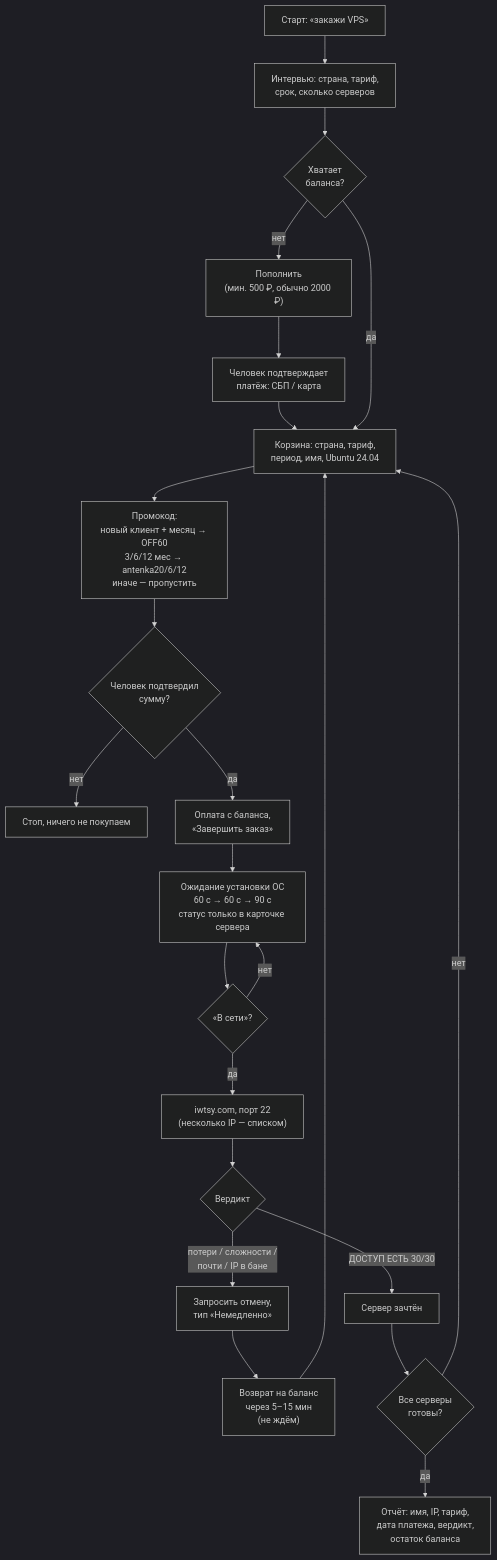
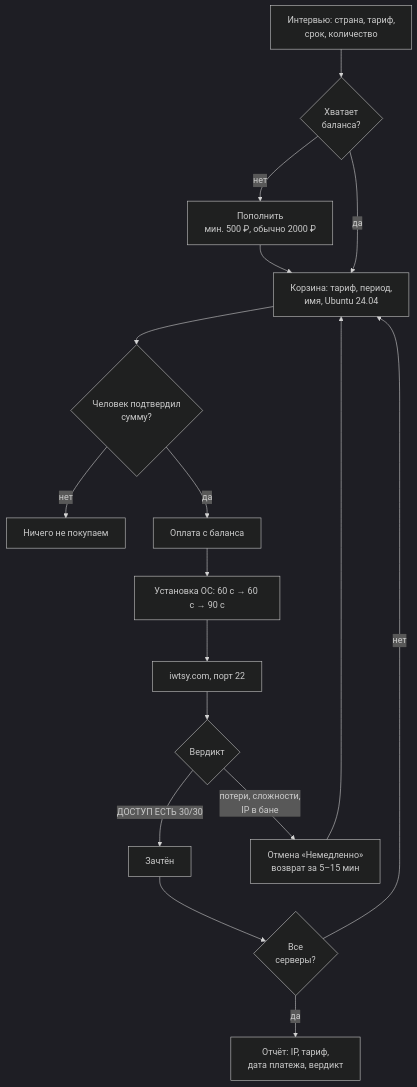
Before and after one commit to anten-ka/adminvpsbuyserver: the second of 2 diagrams in README.md, drawn with Mermaid (dark theme). The commit also changed other lines of this file, not shown here.

````diff
--- a/README.md
+++ b/README.md
@@ -64,25 +43,19 @@
 ```mermaid
 flowchart TD
-    S["Старт: «закажи VPS»"] --> Q["Интервью: страна, тариф,<br/>срок, сколько серверов"]
-    Q --> B{"Хватает<br/>баланса?"}
-    B -->|"нет"| T["Пополнить<br/>(мин. 500 ₽, обычно 2000 ₽)"]
-    T --> HUMAN1["Человек подтверждает<br/>платёж: СБП / карта"]
-    HUMAN1 --> C
-    B -->|"да"| C["Корзина: страна, тариф,<br/>период, имя, Ubuntu 24.04"]
-    C --> PROMO["Промокод:<br/>новый клиент + месяц → OFF60<br/>3/6/12 мес → antenka20/6/12<br/>иначе — пропустить"]
-    PROMO --> OK{"Человек подтвердил<br/>сумму?"}
-    OK -->|"нет"| STOP["Стоп, ничего не покупаем"]
-    OK -->|"да"| PAY["Оплата с баланса,<br/>«Завершить заказ»"]
-    PAY --> WAIT["Ожидание установки ОС<br/>60 с → 60 с → 90 с<br/>статус только в карточке сервера"]
-    WAIT --> READY{"«В сети»?"}
-    READY -->|"нет"| WAIT
-    READY -->|"да"| CHECK["iwtsy.com, порт 22<br/>(несколько IP — списком)"]
+    Q["Интервью: страна, тариф,<br/>срок, количество"] --> B{"Хватает<br/>баланса?"}
+    B -->|"нет"| T["Пополнить<br/>мин. 500 ₽, обычно 2000 ₽"]
+    T --> C
+    B -->|"да"| C["Корзина: тариф, период,<br/>имя, Ubuntu 24.04"]
+    C --> OK{"Человек подтвердил<br/>сумму?"}
+    OK -->|"нет"| STOP["Ничего не покупаем"]
+    OK -->|"да"| PAY["Оплата с баланса"]
+    PAY --> WAIT["Установка ОС: 60 с → 60 с → 90 с"]
+    WAIT --> CHECK["iwtsy.com, порт 22"]
     CHECK --> V{"Вердикт"}
-    V -->|"ДОСТУП ЕСТЬ 30/30"| GOOD["Сервер зачтён"]
-    V -->|"потери / сложности /<br/>почти / IP в бане"| CANCEL["Запросить отмену,<br/>тип «Немедленно»"]
-    CANCEL --> REFUND["Возврат на баланс<br/>через 5–15 мин<br/>(не ждём)"]
-    REFUND --> C
-    GOOD --> ALL{"Все серверы<br/>готовы?"}
+    V -->|"ДОСТУП ЕСТЬ 30/30"| GOOD["Зачтён"]
+    V -->|"потери, сложности,<br/>IP в бане"| CANCEL["Отмена «Немедленно»<br/>возврат за 5–15 мин"]
+    CANCEL --> C
+    GOOD --> ALL{"Все<br/>серверы?"}
     ALL -->|"нет"| C
-    ALL -->|"да"| REPORT["Отчёт: имя, IP, тариф,<br/>дата платежа, вердикт,<br/>остаток баланса"]
+    ALL -->|"да"| REPORT["Отчёт: IP, тариф,<br/>дата платежа, вердикт"]
 ```
````
